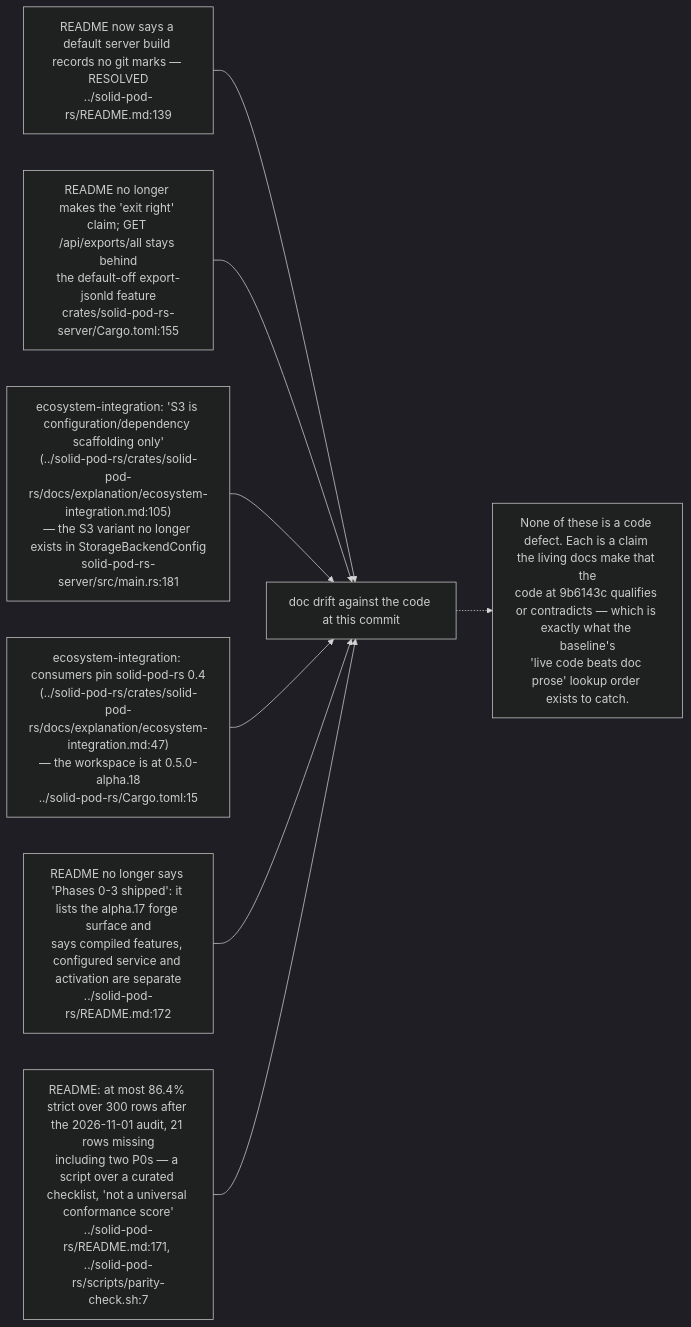
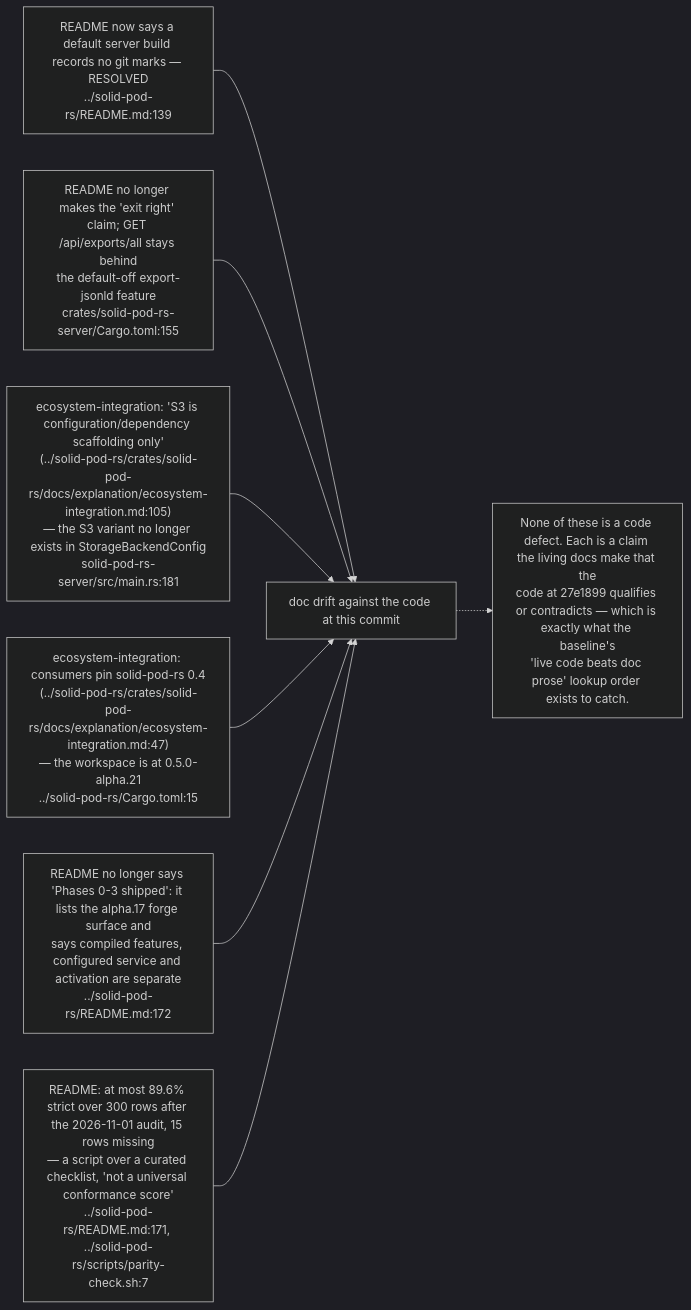
Before and after one commit to DreamLab-AI/VisionFlow: the seventh of 12 diagrams in docs/diagrams/solid-pod-rs/10-failure-modes-and-invariants.md, drawn with Mermaid (dark theme). The commit also changed other lines of this file and 59 other files, not shown here.

First line of the commit message:
docs(diagrams): re-derive and re-stamp forum, website, pod, ontomark and sealmap topics

````diff
--- a/docs/diagrams/solid-pod-rs/10-failure-modes-and-invariants.md
+++ b/docs/diagrams/solid-pod-rs/10-failure-modes-and-invariants.md
@@ -223,19 +223,19 @@
 ```mermaid
 flowchart LR
     R1["README now says a default server build records no git marks — RESOLVED<br/>../solid-pod-rs/README.md:139"]
     R2["README no longer makes the 'exit right' claim; GET /api/exports/all stays behind<br/>the default-off export-jsonld feature<br/>crates/solid-pod-rs-server/Cargo.toml:155"]
     R3["ecosystem-integration: 'S3 is configuration/dependency scaffolding only'<br/>(../solid-pod-rs/crates/solid-pod-rs/docs/explanation/ecosystem-integration.md:105)<br/>— the S3 variant no longer exists in StorageBackendConfig<br/>solid-pod-rs-server/src/main.rs:181"]
-    R4["ecosystem-integration: consumers pin solid-pod-rs 0.4<br/>(../solid-pod-rs/crates/solid-pod-rs/docs/explanation/ecosystem-integration.md:47)<br/>— the workspace is at 0.5.0-alpha.18<br/>../solid-pod-rs/Cargo.toml:15"]
+    R4["ecosystem-integration: consumers pin solid-pod-rs 0.4<br/>(../solid-pod-rs/crates/solid-pod-rs/docs/explanation/ecosystem-integration.md:47)<br/>— the workspace is at 0.5.0-alpha.21<br/>../solid-pod-rs/Cargo.toml:15"]
     R5["README no longer says 'Phases 0-3 shipped': it lists the alpha.17 forge surface and<br/>says compiled features, configured service and activation are separate<br/>../solid-pod-rs/README.md:172"]
-    R6["README: at most 86.4% strict over 300 rows after the 2026-11-01 audit, 21 rows missing<br/>including two P0s — a script over a curated checklist, 'not a universal conformance score'<br/>../solid-pod-rs/README.md:171, ../solid-pod-rs/scripts/parity-check.sh:7"]
+    R6["README: at most 89.6% strict over 300 rows after the 2026-11-01 audit, 15 rows missing<br/>— a script over a curated checklist, 'not a universal conformance score'<br/>../solid-pod-rs/README.md:171, ../solid-pod-rs/scripts/parity-check.sh:7"]
 
     R1 --> REG["doc drift against the code at this commit"]
     R2 --> REG
     R3 --> REG
     R4 --> REG
     R5 --> REG
     R6 --> REG
 
-    N["None of these is a code defect. Each is a claim the living docs make that the<br/>code at 9b6143c qualifies or contradicts — which is exactly what the baseline's<br/>'live code beats doc prose' lookup order exists to catch."]
+    N["None of these is a code defect. Each is a claim the living docs make that the<br/>code at 27e1899 qualifies or contradicts — which is exactly what the baseline's<br/>'live code beats doc prose' lookup order exists to catch."]
     REG -.-> N
 ```
````
